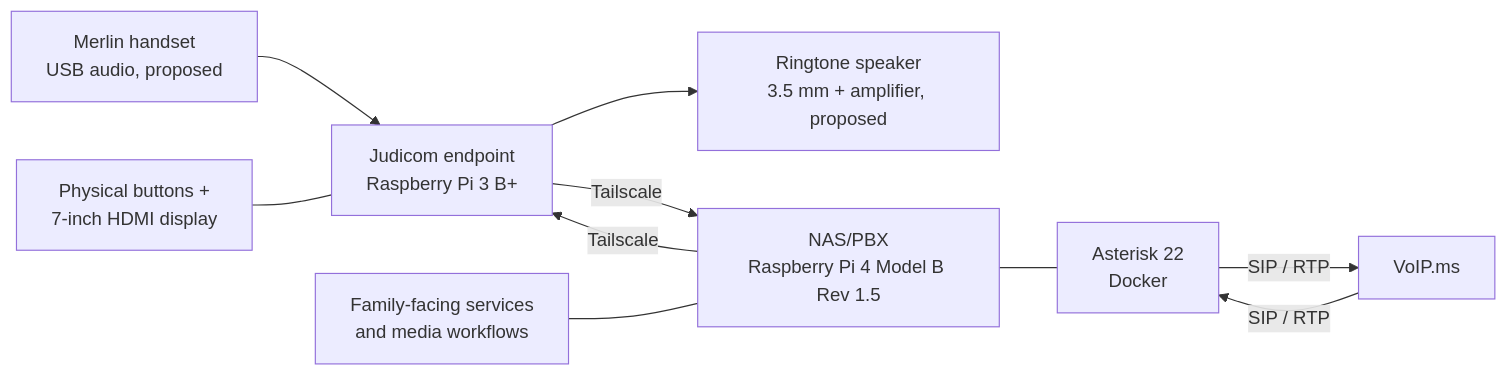
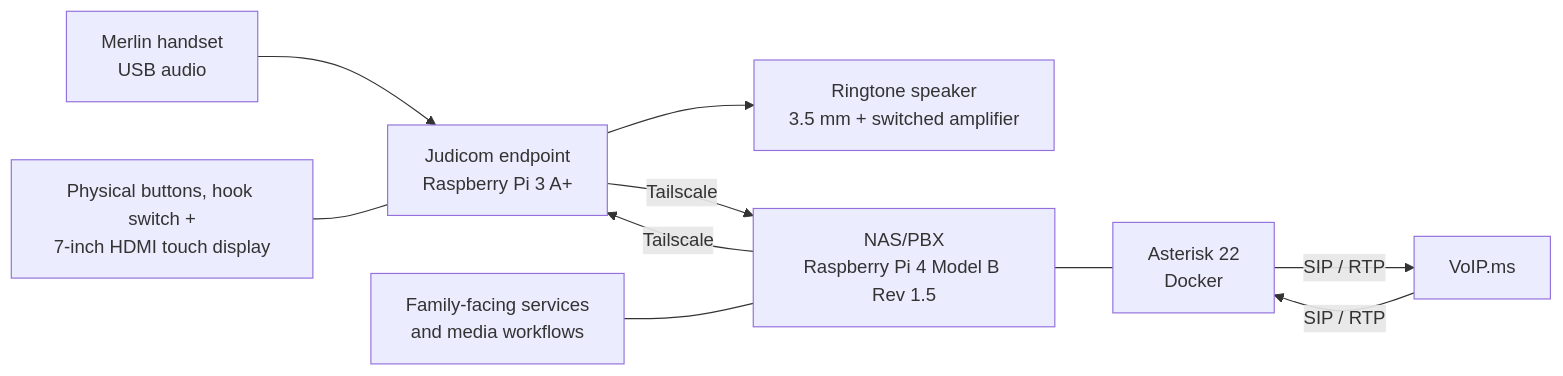
The diagram in docs/ARCHITECTURE.md (calphool/Judicom), drawn with Mermaid before and after one commit. The commit also changed other lines of this file and 4 other files, not shown here.

First line of the commit message:
Docs: the Judicom is a Pi 3 A+, and the handset audio, hook switch and ringer amplifier are in use, not proposed

````diff
--- a/docs/ARCHITECTURE.md
+++ b/docs/ARCHITECTURE.md
@@ -7,12 +7,12 @@
 ```mermaid
 flowchart LR
-    H["Merlin handset<br/>USB audio, proposed"] --> J["Judicom endpoint<br/>Raspberry Pi 3 B+"]
-    B["Physical buttons +<br/>7-inch HDMI display"] --- J
-    J --> S["Ringtone speaker<br/>3.5 mm + amplifier, proposed"]
+    H["Merlin handset<br/>USB audio"] --> J["Judicom endpoint<br/>Raspberry Pi 3 A+"]
+    B["Physical buttons, hook switch +<br/>7-inch HDMI touch display"] --- J
+    J --> S["Ringtone speaker<br/>3.5 mm + switched amplifier"]
     J -->|Tailscale| N["NAS/PBX<br/>Raspberry Pi 4 Model B Rev 1.5"]
     N -->|Tailscale| J
     N --- A["Asterisk 22<br/>Docker"]
     A -->|SIP / RTP| V["VoIP.ms"]
     V -->|SIP / RTP| A
     F["Family-facing services<br/>and media workflows"] --- N
 ```
````
